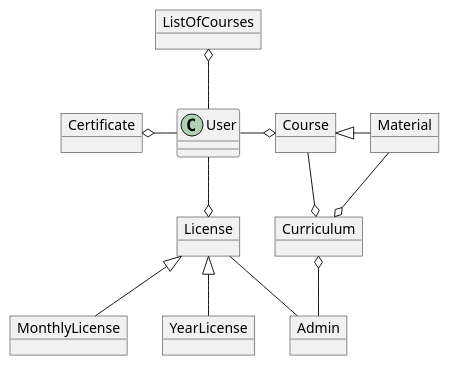
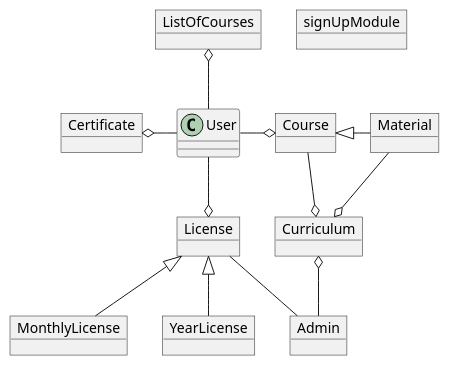
One commit to Rene061089/PlatumlDomeaneModdelering changed the diagram in src/DomæneModellering.puml. Above: the diagram before and after it, drawn with PlantUML.

Commit message:
sign up modul

```diff
--- a/src/DomæneModellering.puml
+++ b/src/DomæneModellering.puml
@@ -1,33 +1,33 @@
 @startuml
 class User{
 }
 
-
+object signUpModule
 object Admin
 object MonthlyLicense
 object YearLicense
 object Course
 object Certificate
 object Material
 object License
 object Curriculum
 object ListOfCourses
 
 
 ListOfCourses o-down-User
 User -down-o License
 User -left-o Certificate
 Course o-left- User
 
 
 License <|-down- MonthlyLicense
 License <|-down-  YearLicense
 
 Course <|-right- Material
 
 License -right- Admin
 Curriculum o-down- Admin
 Material -down-o Curriculum
 Course -down-o Curriculum
 
 @enduml
```
